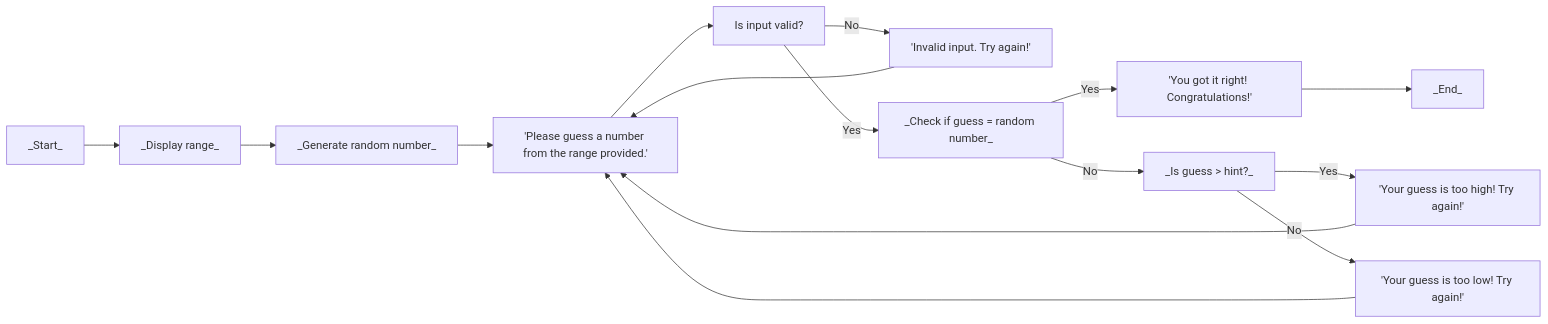
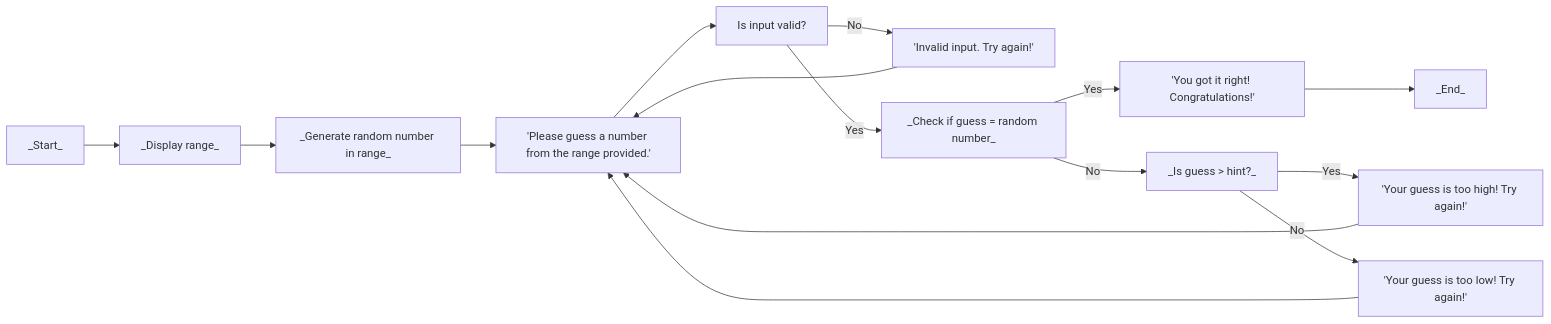
The diagram in Guessing.md (rfk-waketech/rfk-waketech.github.io), drawn with Mermaid before and after one commit.

````diff
--- a/Guessing.md
+++ b/Guessing.md
@@ -1,13 +1,13 @@
 ```mermaid
 flowchart LR
 _Start_ --> Range[_Display range_]
-Range --> Rand[_Generate random number_]
+Range --> Rand[_Generate random number in range_]
 Rand --> Input['Please guess a number from the range provided.']
 Input --> Valid[Is input valid?]
 Valid --> |No| Error['Invalid input. Try again!'] --> Input
 Valid --> |Yes| Check[_Check if guess = random number_]
 Check --> |Yes| End['You got it right! Congratulations!'] --> _End_
 Check --> |No| Hint[_Is guess > hint?_]
 Hint --> |Yes| High['Your guess is too high! Try again!'] --> Input
 Hint --> |No| Low['Your guess is too low! Try again!'] --> Input
 ```
````
